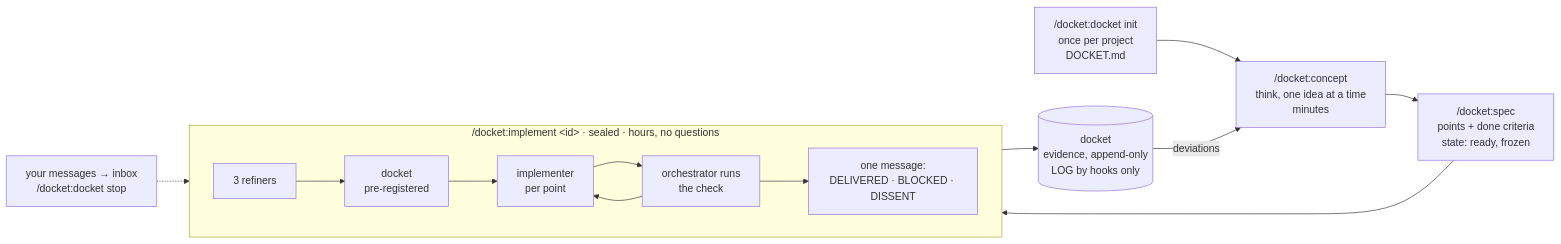
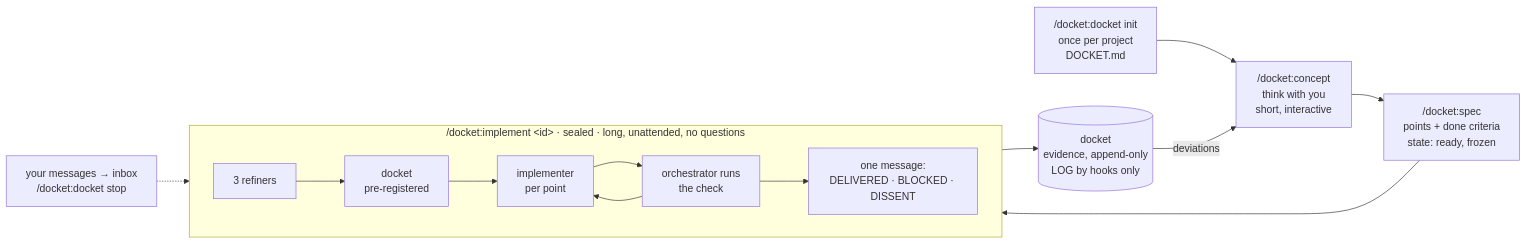
Before and after one commit to hwein/docket: the diagram in README.md, drawn with Mermaid.

Commit message:
README: clearer diagram labels

````diff
--- a/README.md
+++ b/README.md
@@ -34,19 +34,19 @@
 ```mermaid
 flowchart LR
     init["/docket:docket init<br/>once per project<br/>DOCKET.md"]
-    concept["/docket:concept<br/>think, one idea at a time<br/>minutes"]
+    concept["/docket:concept<br/>think with you<br/>short, interactive"]
     spec["/docket:spec<br/>points + done criteria<br/>state: ready, frozen"]
-    subgraph run ["/docket:implement &lt;id&gt; · sealed · hours, no questions"]
+    subgraph run ["/docket:implement &lt;id&gt; · sealed · long, unattended, no questions"]
         direction LR
         refine["3 refiners"] --> register["docket<br/>pre-registered"]
         register --> points["implementer<br/>per point"]
         points --> check["orchestrator runs<br/>the check"]
         check --> points
         check --> close["one message:<br/>DELIVERED · BLOCKED · DISSENT"]
     end
     docket[("docket<br/>evidence, append-only<br/>LOG by hooks only")]
     init --> concept --> spec --> run
     run --> docket
     docket -- "deviations" --> concept
     inbox["your messages → inbox<br/>/docket:docket stop"] -.-> run
 ```
````
